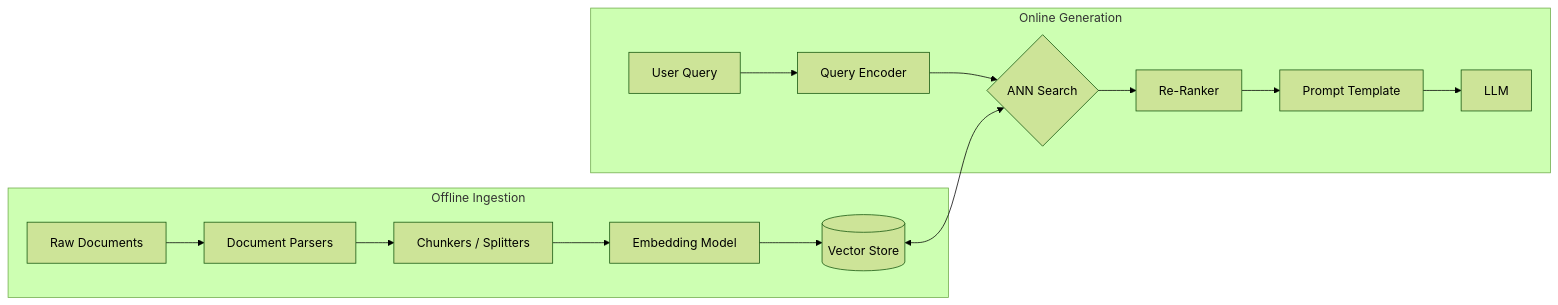
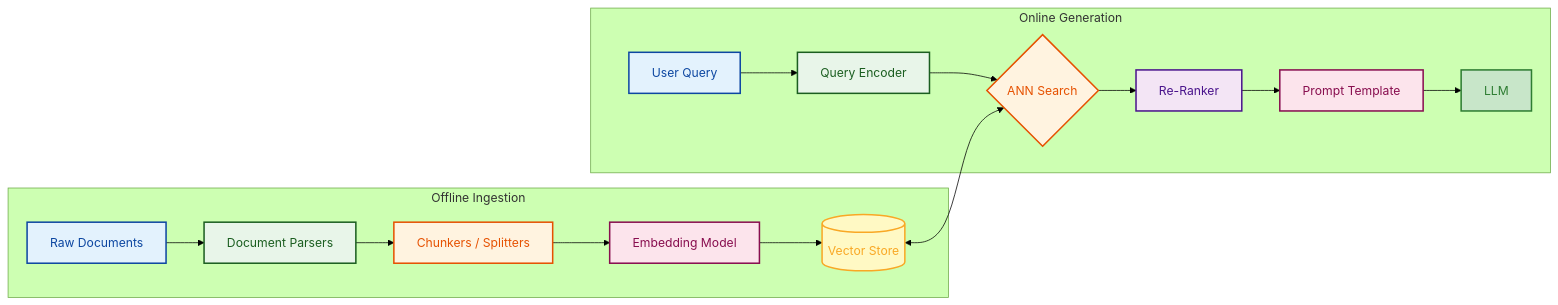
Before and after one commit to GyanendraChaubey/AI-Engineering-Notes: the second of 3 diagrams in docs/02-rag/README.md, drawn with Mermaid (forest theme). The commit also changed other lines of this file and 15 other files, not shown here.

Commit message:
style: apply light color palette to remaining Mermaid diagrams (docs 15 & 16)

````diff
--- a/docs/02-rag/README.md
+++ b/docs/02-rag/README.md
@@ -67,18 +71,29 @@
 ```mermaid
 flowchart LR
     subgraph OfflineIngestion ["Offline Ingestion"]
         A[Raw Documents] --> B[Document Parsers]
         B --> C[Chunkers / Splitters]
         C --> D[Embedding Model]
         D --> E[(Vector Store)]
     end
     
     subgraph OnlineGeneration ["Online Generation"]
         F[User Query] --> G[Query Encoder]
         G --> H{ANN Search}
         E <--> H
         H --> I[Re-Ranker]
         I --> J[Prompt Template]
         J --> K[LLM]
     end
+    style A fill:#e3f2fd,stroke:#0d47a1,stroke-width:2px,color:#0d47a1
+    style B fill:#e8f5e9,stroke:#1b5e20,stroke-width:2px,color:#1b5e20
+    style C fill:#fff3e0,stroke:#e65100,stroke-width:2px,color:#e65100
+    style D fill:#fce4ec,stroke:#880e4f,stroke-width:2px,color:#880e4f
+    style E fill:#fff9c4,stroke:#f9a825,stroke-width:2px,color:#f9a825
+    style F fill:#e3f2fd,stroke:#0d47a1,stroke-width:2px,color:#0d47a1
+    style G fill:#e8f5e9,stroke:#1b5e20,stroke-width:2px,color:#1b5e20
+    style H fill:#fff3e0,stroke:#e65100,stroke-width:2px,color:#e65100
+    style I fill:#f3e5f5,stroke:#4a148c,stroke-width:2px,color:#4a148c
+    style J fill:#fce4ec,stroke:#880e4f,stroke-width:2px,color:#880e4f
+    style K fill:#c8e6c9,stroke:#2e7d32,stroke-width:2px,color:#2e7d32
 ```
````
